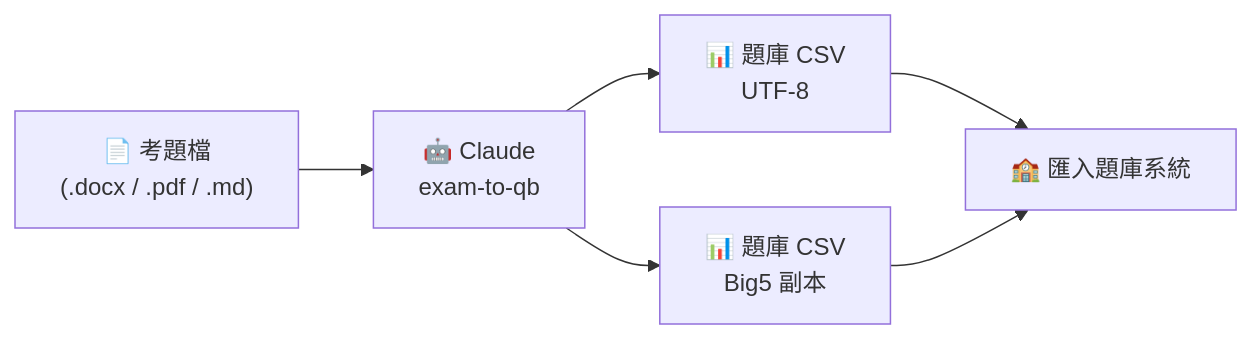
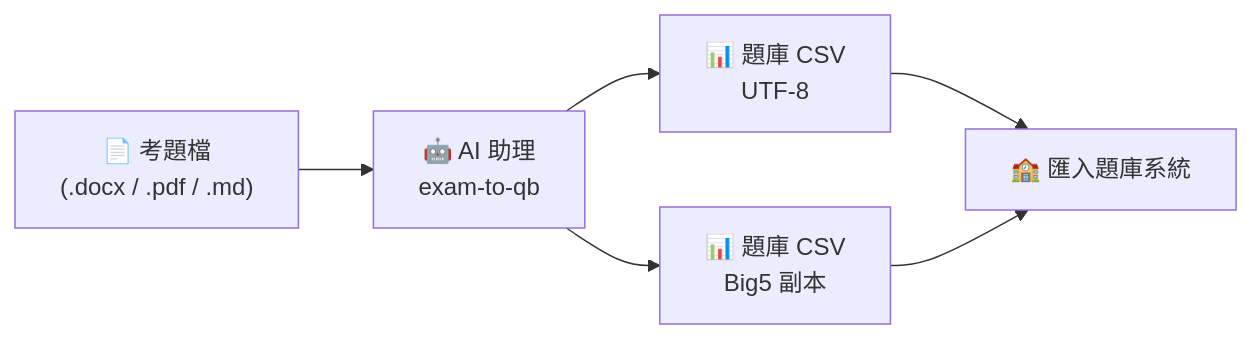
One commit to RelerChenTajen/Tools_QB changed the diagram in README.md. Above: the diagram before and after it, drawn with Mermaid. The commit also changed other lines of this file, not shown here.

````diff
--- a/README.md
+++ b/README.md
@@ -15,8 +15,8 @@
 ```mermaid
 flowchart LR
-    A["📄 考題檔<br/>(.docx / .pdf / .md)"] --> B["🤖 Claude<br/>exam-to-qb"]
+    A["📄 考題檔<br/>(.docx / .pdf / .md)"] --> B["🤖 AI 助理<br/>exam-to-qb"]
     B --> C["📊 題庫 CSV<br/>UTF-8"]
     B --> D["📊 題庫 CSV<br/>Big5 副本"]
     C --> E["🏫 匯入題庫系統"]
     D --> E
 ```
````
